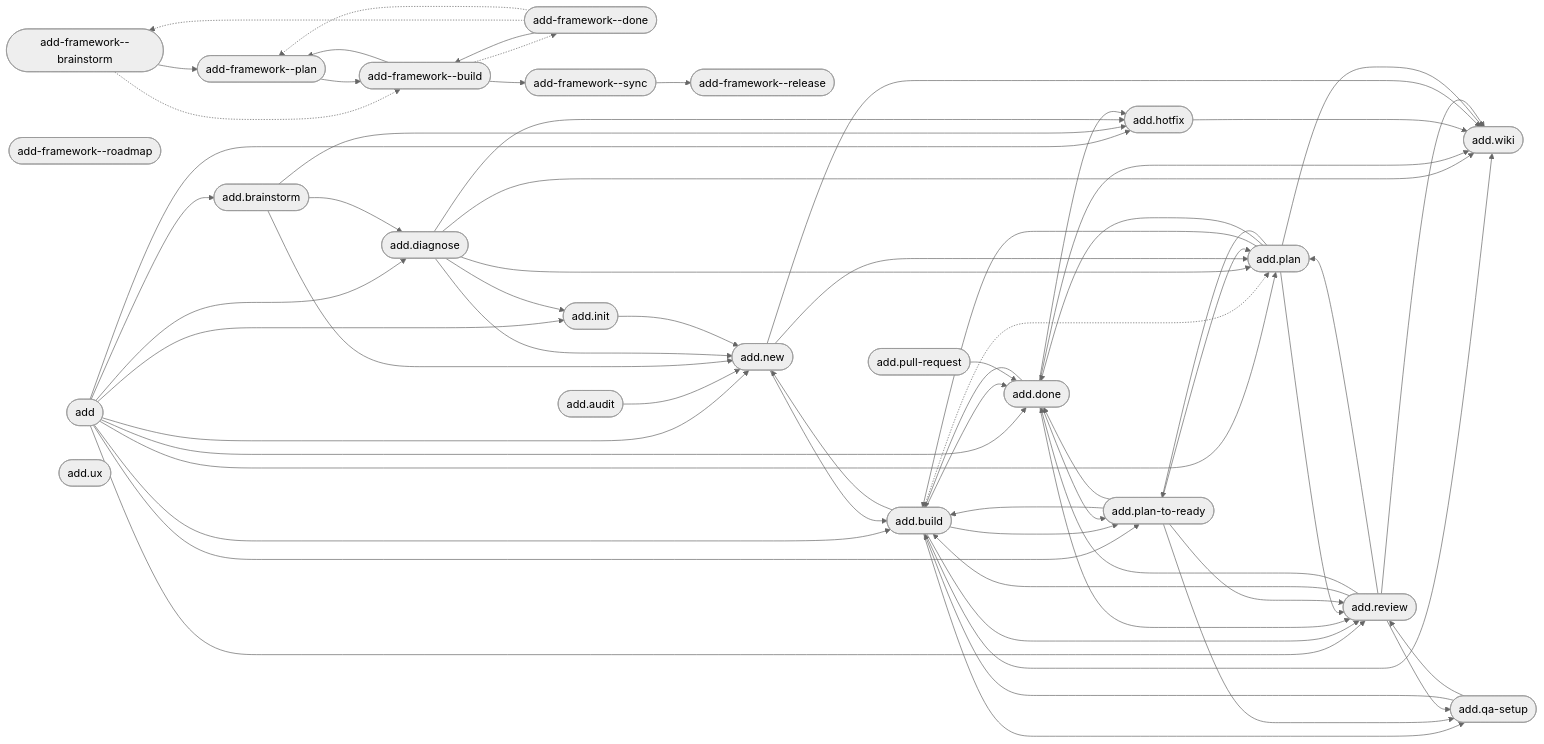
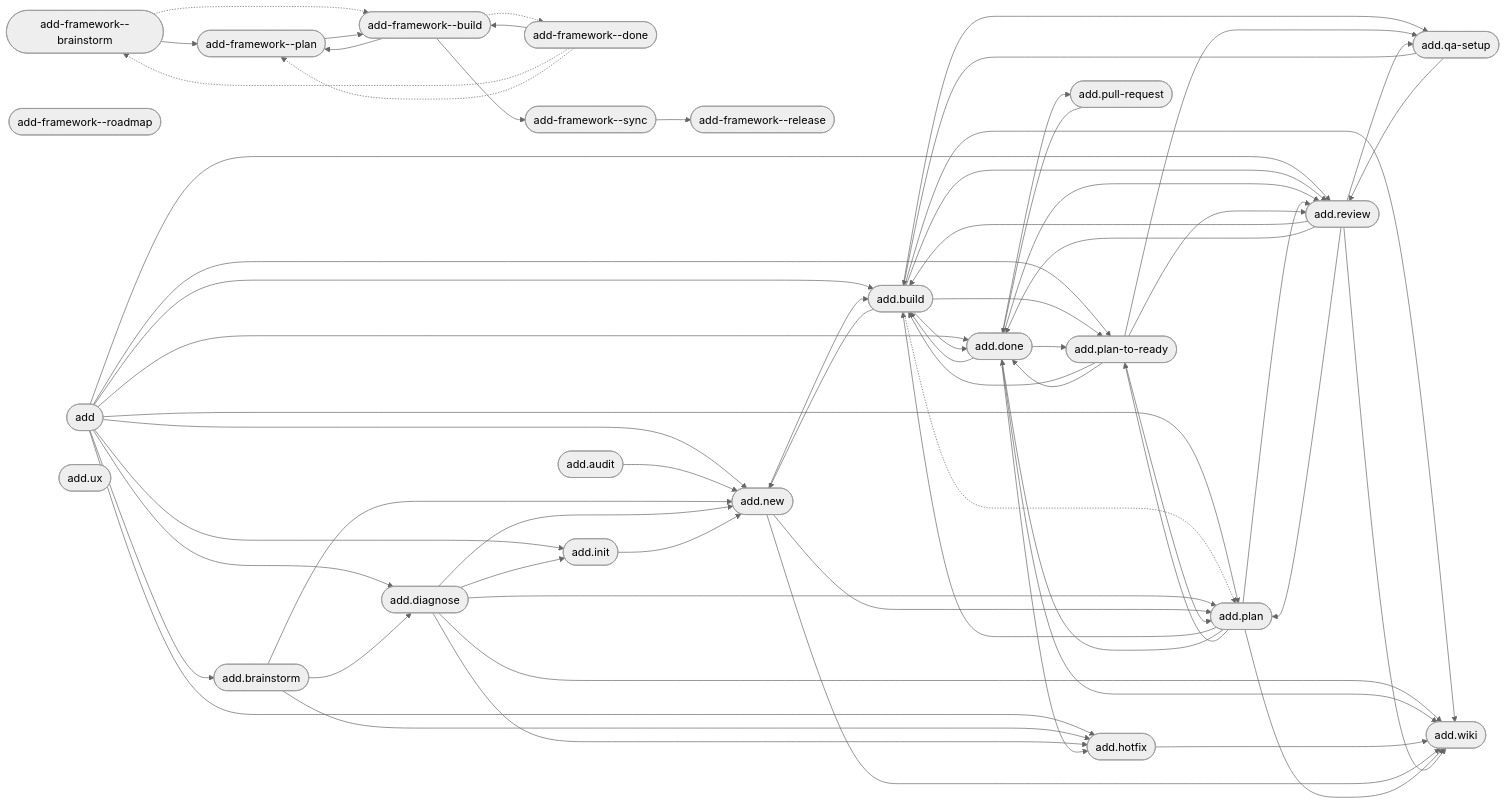
One commit to brabos-ai/code-addiction changed the diagram in web/public/artefact-graph.mmd. Above: the diagram before and after it, drawn with Mermaid (neutral theme). The commit also changed 2 other files, not shown here.

Commit message:
fix(internal): review-pass fixes on the three internal paths the product half reached
Three findings whose targets sit at repo root or under .claude/, so the layer
rule puts them in their own block.

add-plan-authoring's Produces/Consumes EXAMPLE invented a `GATE5` on
converge-gates.sh to illustrate the interface rule. A fifth gate now exists for
real, under a different name, so the example had started to read as a statement
about the tree. Renumbered to GATE6, which is still plainly hypothetical.

scripts/smoke-test.sh fabricated a checkpoint receipt with four gate lines and
GATES_OK=4/4 — the last place in the repository showing the superseded shape, in
a file people read to see what the shape is.

web/public/artefact-graph.mmd gains the edge the product half created
(add.done -> add.pull-request). Written by `graph.js mermaid --write`.

F-Block: review pass, internal paths (STEP 7.3)
Plan: 2026-09-11T014333-PLAN--product-close-out-parity

Claude-Session: https://claude.ai/code/session_01DAK72Ew8v9BanHJyi52A7k

```diff
--- a/web/public/artefact-graph.mmd
+++ b/web/public/artefact-graph.mmd
@@ -1,88 +1,89 @@
 flowchart LR
     n_internal_command_add_framework__brainstorm(["add-framework--brainstorm"])
     n_internal_command_add_framework__build(["add-framework--build"])
     n_internal_command_add_framework__done(["add-framework--done"])
     n_internal_command_add_framework__plan(["add-framework--plan"])
     n_internal_command_add_framework__release(["add-framework--release"])
     n_internal_command_add_framework__roadmap(["add-framework--roadmap"])
     n_internal_command_add_framework__sync(["add-framework--sync"])
     n_product_command_add(["add"])
     n_product_command_add_audit(["add.audit"])
     n_product_command_add_brainstorm(["add.brainstorm"])
     n_product_command_add_build(["add.build"])
     n_product_command_add_diagnose(["add.diagnose"])
     n_product_command_add_done(["add.done"])
     n_product_command_add_hotfix(["add.hotfix"])
     n_product_command_add_init(["add.init"])
     n_product_command_add_new(["add.new"])
     n_product_command_add_plan(["add.plan"])
     n_product_command_add_plan_to_ready(["add.plan-to-ready"])
     n_product_command_add_pull_request(["add.pull-request"])
     n_product_command_add_qa_setup(["add.qa-setup"])
     n_product_command_add_review(["add.review"])
     n_product_command_add_ux(["add.ux"])
     n_product_command_add_wiki(["add.wiki"])
     n_internal_command_add_framework__brainstorm --> n_internal_command_add_framework__plan
     n_internal_command_add_framework__brainstorm -.-> n_internal_command_add_framework__build
     n_internal_command_add_framework__build --> n_internal_command_add_framework__plan
     n_internal_command_add_framework__build --> n_internal_command_add_framework__sync
     n_internal_command_add_framework__build -.-> n_internal_command_add_framework__done
     n_internal_command_add_framework__done --> n_internal_command_add_framework__build
     n_internal_command_add_framework__done -.-> n_internal_command_add_framework__brainstorm
     n_internal_command_add_framework__done -.-> n_internal_command_add_framework__plan
     n_internal_command_add_framework__plan --> n_internal_command_add_framework__build
     n_internal_command_add_framework__sync --> n_internal_command_add_framework__release
     n_product_command_add --> n_product_command_add_brainstorm
     n_product_command_add --> n_product_command_add_build
     n_product_command_add --> n_product_command_add_diagnose
     n_product_command_add --> n_product_command_add_done
     n_product_command_add --> n_product_command_add_hotfix
     n_product_command_add --> n_product_command_add_init
     n_product_command_add --> n_product_command_add_new
     n_product_command_add --> n_product_command_add_plan
     n_product_command_add --> n_product_command_add_plan_to_ready
     n_product_command_add --> n_product_command_add_review
     n_product_command_add_audit --> n_product_command_add_new
     n_product_command_add_brainstorm --> n_product_command_add_diagnose
     n_product_command_add_brainstorm --> n_product_command_add_hotfix
     n_product_command_add_brainstorm --> n_product_command_add_new
     n_product_command_add_build --> n_product_command_add_done
     n_product_command_add_build --> n_product_command_add_new
     n_product_command_add_build --> n_product_command_add_plan_to_ready
     n_product_command_add_build --> n_product_command_add_qa_setup
     n_product_command_add_build --> n_product_command_add_review
     n_product_command_add_build --> n_product_command_add_wiki
     n_product_command_add_build -.-> n_product_command_add_plan
     n_product_command_add_diagnose --> n_product_command_add_hotfix
     n_product_command_add_diagnose --> n_product_command_add_init
     n_product_command_add_diagnose --> n_product_command_add_new
     n_product_command_add_diagnose --> n_product_command_add_plan
     n_product_command_add_diagnose --> n_product_command_add_wiki
     n_product_command_add_done --> n_product_command_add_build
     n_product_command_add_done --> n_product_command_add_hotfix
     n_product_command_add_done --> n_product_command_add_plan_to_ready
+    n_product_command_add_done --> n_product_command_add_pull_request
     n_product_command_add_done --> n_product_command_add_review
     n_product_command_add_done --> n_product_command_add_wiki
     n_product_command_add_hotfix --> n_product_command_add_wiki
     n_product_command_add_init --> n_product_command_add_new
     n_product_command_add_new --> n_product_command_add_build
     n_product_command_add_new --> n_product_command_add_plan
     n_product_command_add_new --> n_product_command_add_wiki
     n_product_command_add_plan --> n_product_command_add_build
     n_product_command_add_plan --> n_product_command_add_done
     n_product_command_add_plan --> n_product_command_add_plan_to_ready
     n_product_command_add_plan --> n_product_command_add_review
     n_product_command_add_plan --> n_product_command_add_wiki
     n_product_command_add_plan_to_ready --> n_product_command_add_build
     n_product_command_add_plan_to_ready --> n_product_command_add_done
     n_product_command_add_plan_to_ready --> n_product_command_add_plan
     n_product_command_add_plan_to_ready --> n_product_command_add_qa_setup
     n_product_command_add_plan_to_ready --> n_product_command_add_review
     n_product_command_add_pull_request --> n_product_command_add_done
     n_product_command_add_qa_setup --> n_product_command_add_build
     n_product_command_add_qa_setup --> n_product_command_add_review
     n_product_command_add_review --> n_product_command_add_build
     n_product_command_add_review --> n_product_command_add_done
     n_product_command_add_review --> n_product_command_add_plan
     n_product_command_add_review --> n_product_command_add_qa_setup
     n_product_command_add_review --> n_product_command_add_wiki
```
